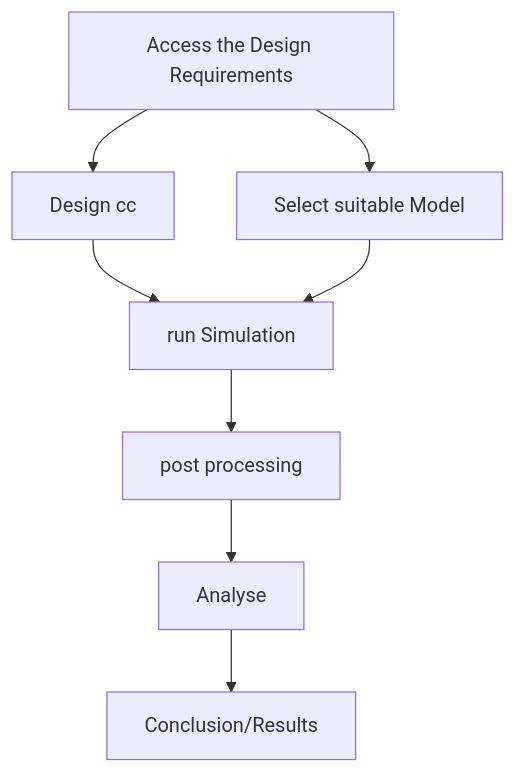
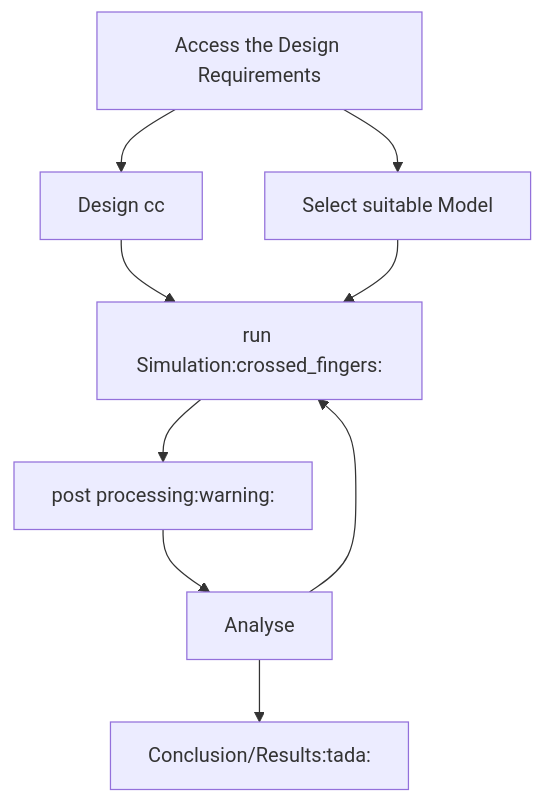
One commit to tanishk-workspace/cryo-manuscripts changed the diagram in README.md. Above: the diagram before and after it, drawn with Mermaid.

Commit message:
process commit

````diff
--- a/README.md
+++ b/README.md
@@ -2,11 +2,12 @@
 ```mermaid
  flowchart TD;
  A[Access the Design Requirements]-->B[Design cc];
  A-->C[Select suitable Model];
  B-->D[Impliment model];
- C-->D[run Simulation];
- D-->E[post processing];
+ C-->D[run Simulation:crossed_fingers:];
+ D-->E[post processing:warning:];
  E-->F[Analyse];
- F-->G[Conclusion/Results];
+ F-->D
+ F-->G[Conclusion/Results:tada:];
   
 ```
````
